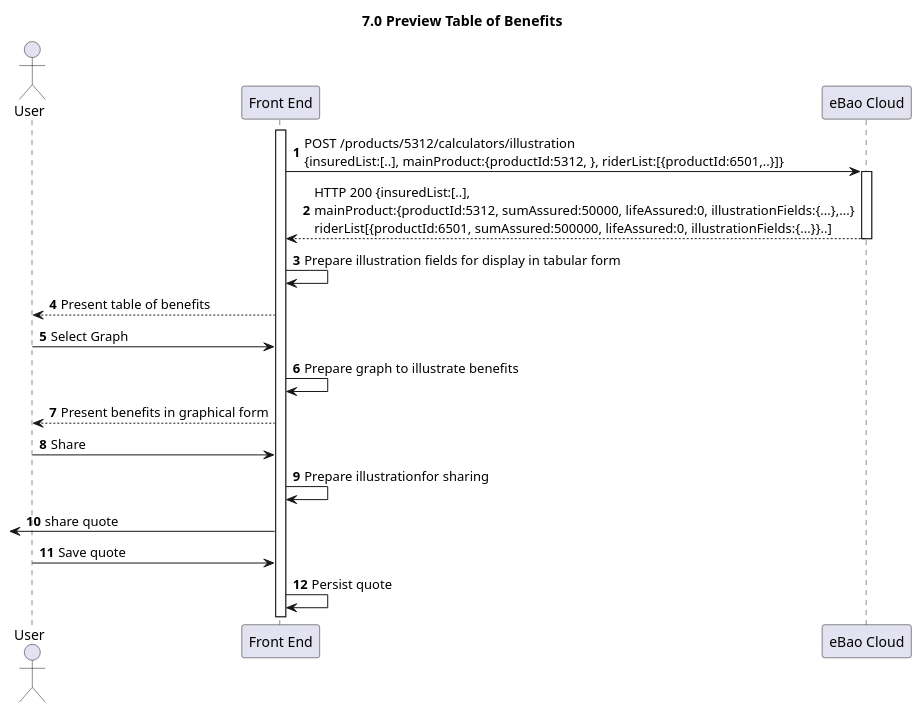
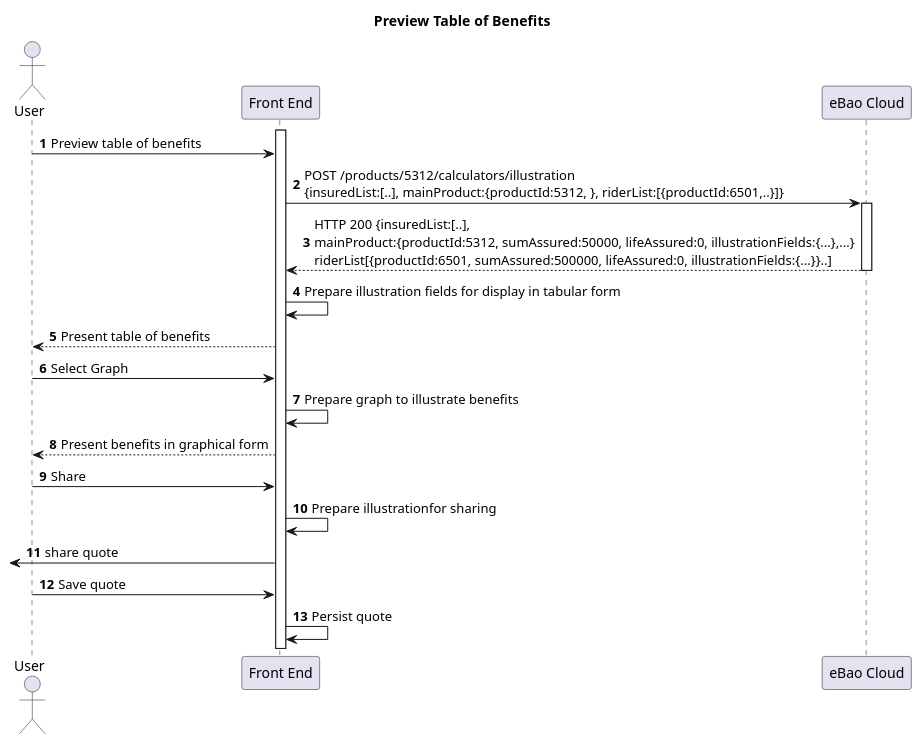
One commit to yitchoong/cloudapi changed the ninth of 12 diagrams in markdown/products-2.md. Above: the diagram before and after it, drawn with PlantUML. The commit also changed other lines of this file and 5 other files, not shown here.

````diff
--- a/markdown/products-2.md
+++ b/markdown/products-2.md
@@ -431,24 +401,26 @@
 ```puml
-title **7.0 Preview Table of Benefits**
+title **Preview Table of Benefits**
 actor "User" as user
 participant "Front End" as front
 participant "eBao Cloud" as ebao
 autonumber
 
+
 activate front
+user -> front : Preview table of benefits
 front -> ebao: POST /products/5312/calculators/illustration \n{insuredList:[..], mainProduct:{productId:5312, }, riderList:[{productId:6501,..}]}
 activate ebao
 ebao --> front : HTTP 200 {insuredList:[..], \nmainProduct:{productId:5312, sumAssured:50000, lifeAssured:0, illustrationFields:{...},...}\nriderList[{productId:6501, sumAssured:500000, lifeAssured:0, illustrationFields:{...}}..]
 deactivate ebao
 front -> front : Prepare illustration fields for display in tabular form
 front --> user : Present table of benefits
 user -> front: Select Graph
 front -> front : Prepare graph to illustrate benefits
 front --> user: Present benefits in graphical form
 user -> front : Share
 front -> front : Prepare illustrationfor sharing
 [<- front : share quote
 user -> front : Save quote
 front -> front : Persist quote
 
 ```
````
